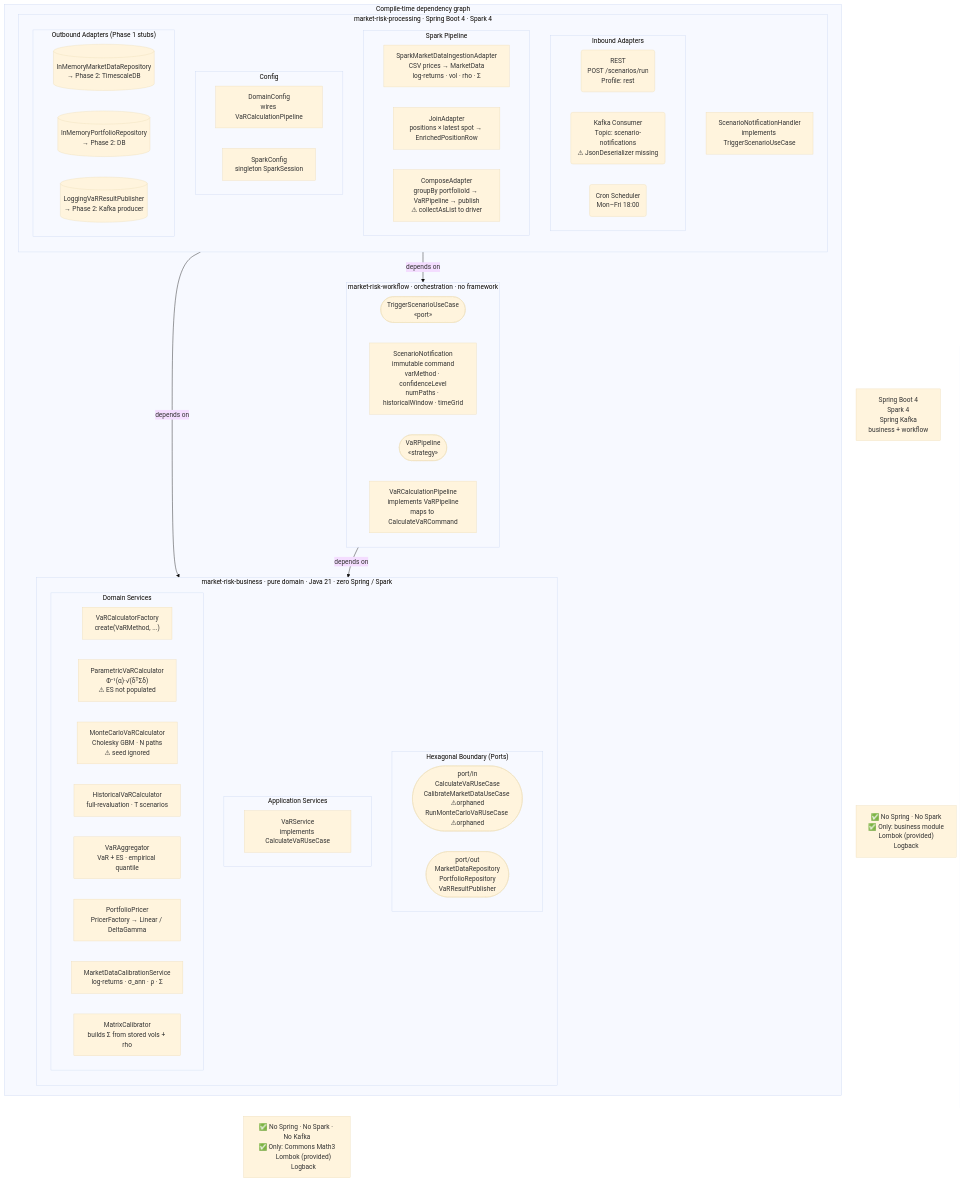
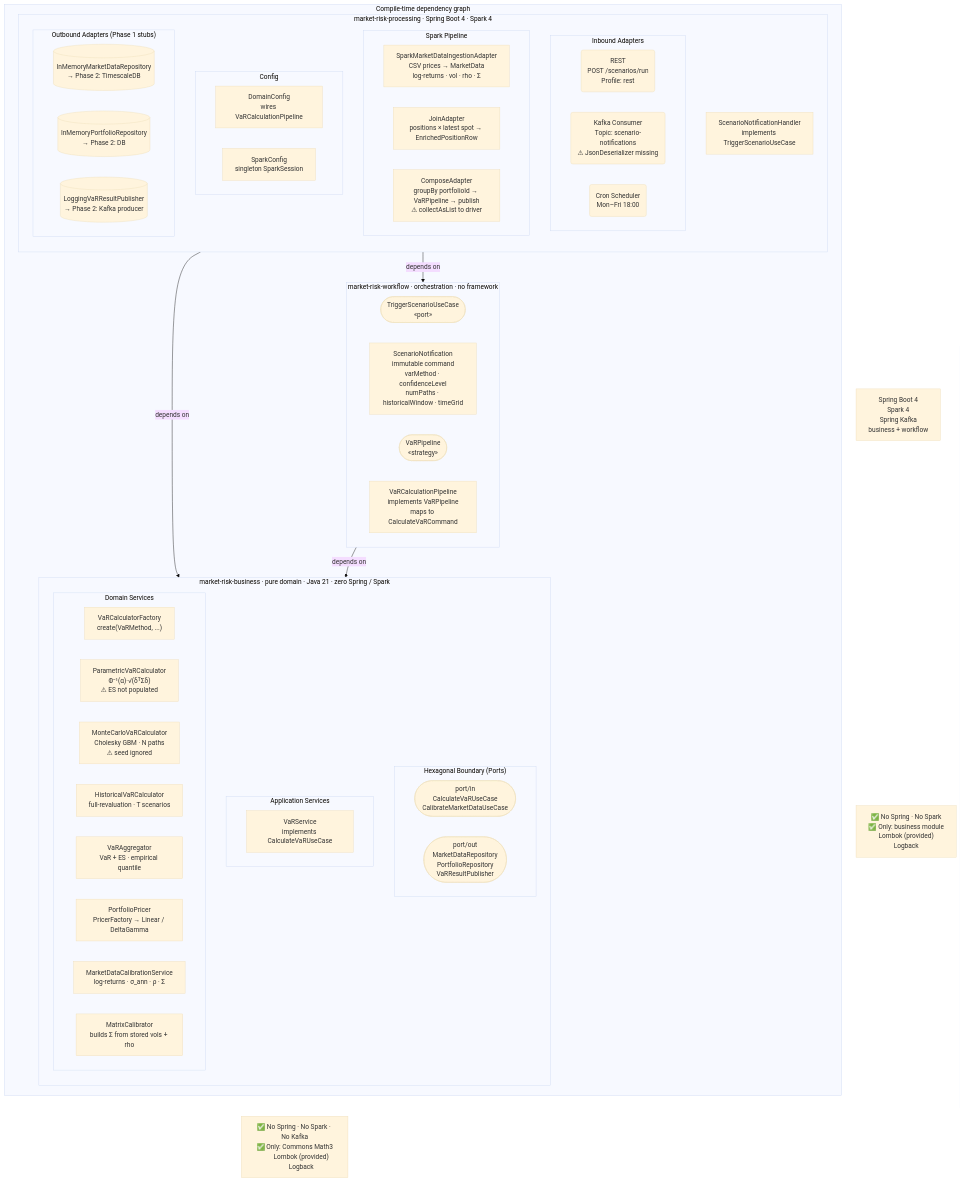
The diagram in docs/architecture-review.md (kacemjd/market-risk-quant), drawn with Mermaid (base theme) before and after one commit. The commit also changed other lines of this file and 5 other files, not shown here.

````diff
--- a/docs/architecture-review.md
+++ b/docs/architecture-review.md
@@ -229,74 +229,74 @@
 ```mermaid
 flowchart TB
     subgraph PROC["market-risk-processing  ·  Spring Boot 4 · Spark 4"]
         direction TB
         subgraph IN["Inbound Adapters"]
             REST("REST\nPOST /scenarios/run\nProfile: rest")
             KFK("Kafka Consumer\nTopic: scenario-notifications\n⚠ JsonDeserializer missing")
             CRON("Cron Scheduler\nMon–Fri 18:00")
         end
 
         HANDLER["ScenarioNotificationHandler\nimplements TriggerScenarioUseCase"]
 
         subgraph SPARK["Spark Pipeline"]
             INGEST["SparkMarketDataIngestionAdapter\nCSV prices → MarketData\nlog-returns · vol · rho · Σ"]
             JOIN["JoinAdapter\npositions × latest spot → EnrichedPositionRow"]
             COMPOSE["ComposeAdapter\ngroupBy portfolioId → VaRPipeline → publish\n⚠ collectAsList to driver"]
         end
 
         subgraph CFG["Config"]
             DCFG["DomainConfig\nwires VaRCalculationPipeline"]
             SCFG["SparkConfig\nsingleton SparkSession"]
         end
 
         subgraph OUT["Outbound Adapters  (Phase 1 stubs)"]
             MDREP[("InMemoryMarketDataRepository\n→ Phase 2: TimescaleDB")]
             PREP[("InMemoryPortfolioRepository\n→ Phase 2: DB")]
             PUB[("LoggingVaRResultPublisher\n→ Phase 2: Kafka producer")]
         end
     end
 
     subgraph WF["market-risk-workflow  ·  orchestration · no framework"]
         TSU(["TriggerScenarioUseCase\n«port»"])
         SN["ScenarioNotification\nimmutable command\nvarMethod · confidenceLevel\nnumPaths · historicalWindow · timeGrid"]
         VP(["VaRPipeline\n«strategy»"])
         VCLP["VaRCalculationPipeline\nimplements VaRPipeline\nmaps to CalculateVaRCommand"]
     end
 
     subgraph BIZ["market-risk-business  ·  pure domain · Java 21 · zero Spring / Spark"]
         direction TB
         subgraph PORTS["Hexagonal Boundary  (Ports)"]
-            PIN(["port/in\nCalculateVaRUseCase\nCalibrateMarketDataUseCase ⚠orphaned\nRunMonteCarloVaRUseCase ⚠orphaned"])
+            PIN(["port/in\nCalculateVaRUseCase\nCalibrateMarketDataUseCase"])
             POUT(["port/out\nMarketDataRepository\nPortfolioRepository\nVaRResultPublisher"])
         end
 
         subgraph APPSVC["Application Services"]
             VSVC["VaRService\nimplements CalculateVaRUseCase"]
         end
 
         subgraph DOMAIN["Domain Services"]
             FACTORY["VaRCalculatorFactory\ncreate(VaRMethod, ...)"]
             PVaR["ParametricVaRCalculator\nΦ⁻¹(α)·√(δᵀΣδ)\n⚠ ES not populated"]
             MC["MonteCarloVaRCalculator\nCholesky GBM · N paths\n⚠ seed ignored"]
             HS["HistoricalVaRCalculator\nfull-revaluation · T scenarios"]
             AGG["VaRAggregator\nVaR + ES · empirical quantile"]
             PPRICER["PortfolioPricer\nPricerFactory → Linear / DeltaGamma"]
             CAL["MarketDataCalibrationService\nlog-returns · σ_ann · ρ · Σ"]
             MCAL["MatrixCalibrator\nbuilds Σ from stored vols + rho"]
         end
     end
 
     subgraph COMPILE["Compile-time dependency graph"]
         BIZ["market-risk-business\n(0 internal deps)"]
         WF["market-risk-workflow"]
         PROC["market-risk-processing"]
     end
 
     WF   -->|depends on| BIZ
     PROC -->|depends on| WF
     PROC -->|depends on| BIZ
 
     BIZ ~~~ NOTE1["✅ No Spring · No Spark · No Kafka\n✅ Only: Commons Math3\n        Lombok (provided)\n        Logback"]
     WF  ~~~ NOTE2["✅ No Spring · No Spark\n✅ Only: business module\n        Lombok (provided)\n        Logback"]
     PROC ~~~ NOTE3["Spring Boot 4\nSpark 4\nSpring Kafka\nbusiness + workflow"]
 ```
````
